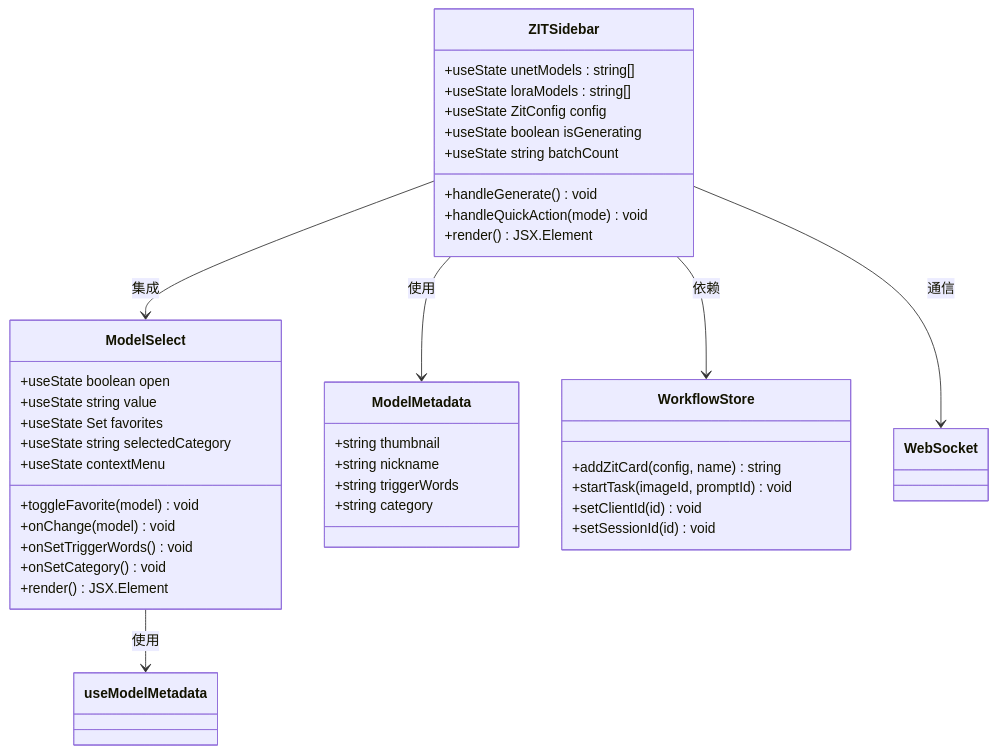
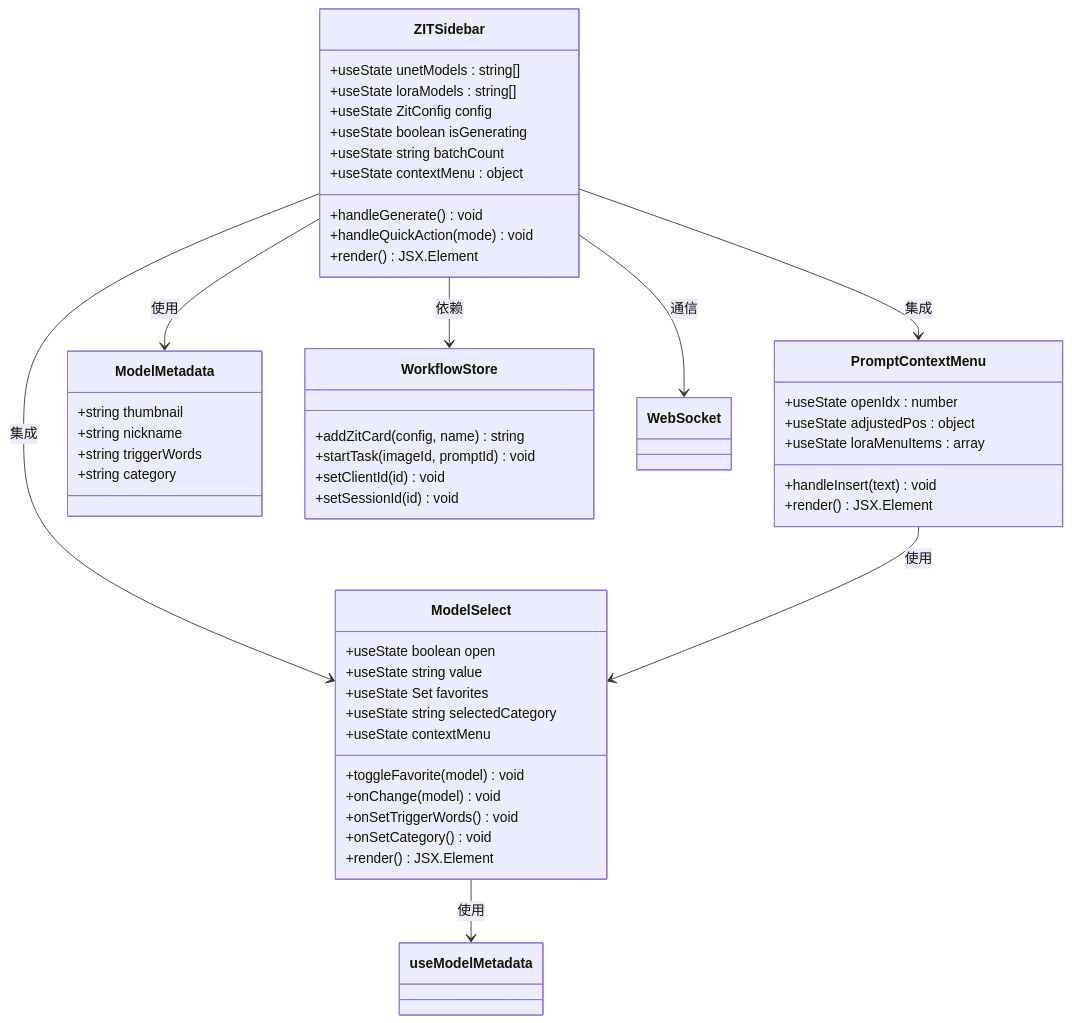
The third of 11 diagrams in .qoder/repowiki/zh/content/用户界面组件/控制面板组件/ZIT快出侧边栏.md (billye220670/CorineKit_Pix2Real), drawn with Mermaid before and after one commit. The commit also changed other lines of this file and 4 other files, not shown here.

````diff
--- a/.qoder/repowiki/zh/content/用户界面组件/控制面板组件/ZIT快出侧边栏.md
+++ b/.qoder/repowiki/zh/content/用户界面组件/控制面板组件/ZIT快出侧边栏.md
@@ -198,42 +225,52 @@
 ```mermaid
 classDiagram
 class ZITSidebar {
 +useState unetModels : string[]
 +useState loraModels : string[]
 +useState ZitConfig config
 +useState boolean isGenerating
 +useState string batchCount
++useState contextMenu : object
 +handleGenerate() void
 +handleQuickAction(mode) void
++render() JSX.Element
+}
+class PromptContextMenu {
++useState openIdx : number
++useState adjustedPos : object
++useState loraMenuItems : array
++handleInsert(text) void
 +render() JSX.Element
 }
 class ModelSelect {
 +useState boolean open
 +useState string value
 +useState Set favorites
 +useState string selectedCategory
 +useState contextMenu
 +toggleFavorite(model) void
 +onChange(model) void
 +onSetTriggerWords() void
 +onSetCategory() void
 +render() JSX.Element
 }
 class ModelMetadata {
 +string thumbnail
 +string nickname
 +string triggerWords
 +string category
 }
 class WorkflowStore {
 +addZitCard(config, name) string
 +startTask(imageId, promptId) void
 +setClientId(id) void
 +setSessionId(id) void
 }
+ZITSidebar --> PromptContextMenu : 集成
 ZITSidebar --> ModelSelect : 集成
 ZITSidebar --> ModelMetadata : 使用
 ZITSidebar --> WorkflowStore : 依赖
 ZITSidebar --> WebSocket : 通信
+PromptContextMenu --> ModelSelect : 使用
 ModelSelect --> useModelMetadata : 使用
 ```
````
